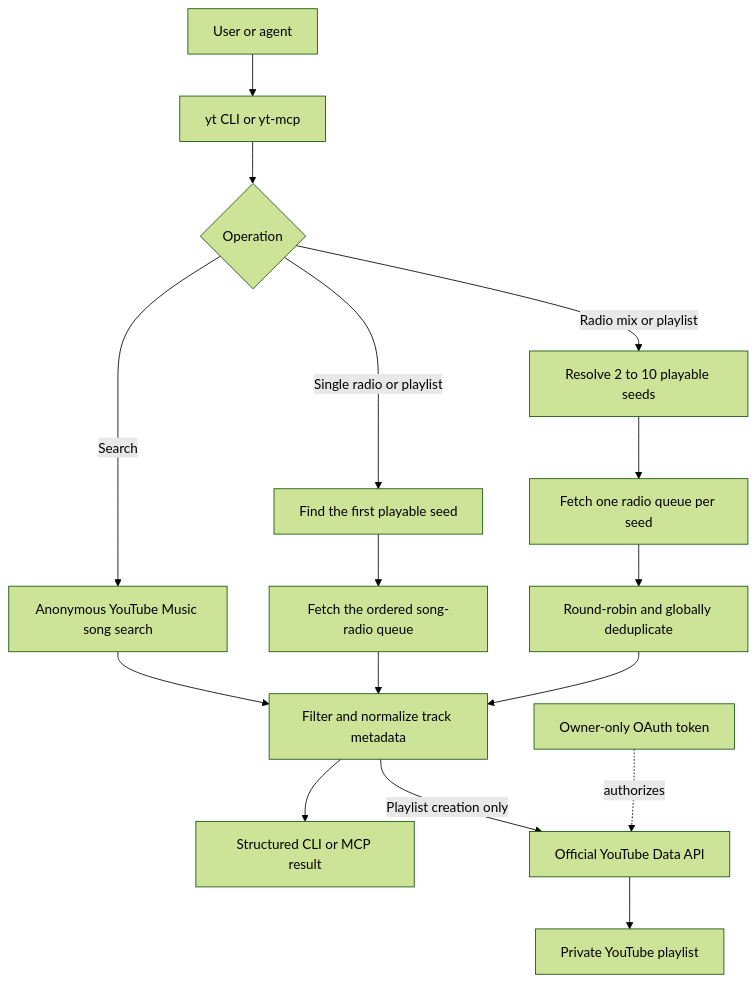
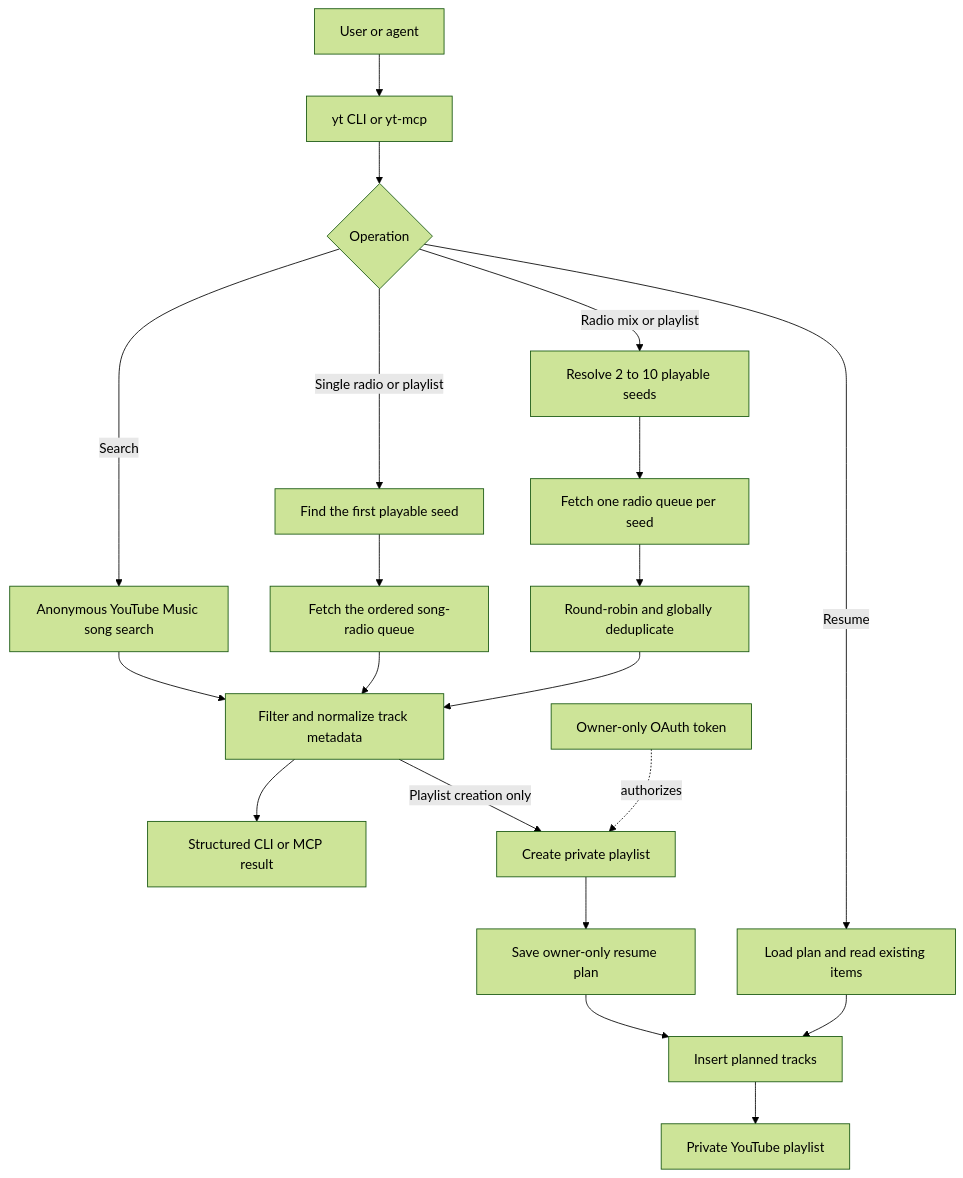
The diagram in README.md (stevenmichiels/yt-mcp), drawn with Mermaid (forest theme) before and after one commit. The commit also changed other lines of this file and 9 other files, not shown here.

Commit message:
feat: add durable playlist resume

````diff
--- a/README.md
+++ b/README.md
@@ -6,18 +6,22 @@
 ```mermaid
 flowchart TD
     U[User or agent] --> E[yt CLI or yt-mcp]
     E --> O{Operation}
     O -->|Search| S[Anonymous YouTube Music song search]
     O -->|Single radio or playlist| Q[Find the first playable seed]
     Q --> R[Fetch the ordered song-radio queue]
     O -->|Radio mix or playlist| Q5[Resolve 2 to 10 playable seeds]
     Q5 --> R5[Fetch one radio queue per seed]
     R5 --> M[Round-robin and globally deduplicate]
     S --> N[Filter and normalize track metadata]
     R --> N
     M --> N
     N --> T[Structured CLI or MCP result]
-    N -->|Playlist creation only| W[Official YouTube Data API]
+    N -->|Playlist creation only| W[Create private playlist]
     A[Owner-only OAuth token] -. authorizes .-> W
-    W --> P[Private YouTube playlist]
+    W --> J[Save owner-only resume plan]
+    J --> I[Insert planned tracks]
+    O -->|Resume| L[Load plan and read existing items]
+    L --> I
+    I --> P[Private YouTube playlist]
 ```
````
